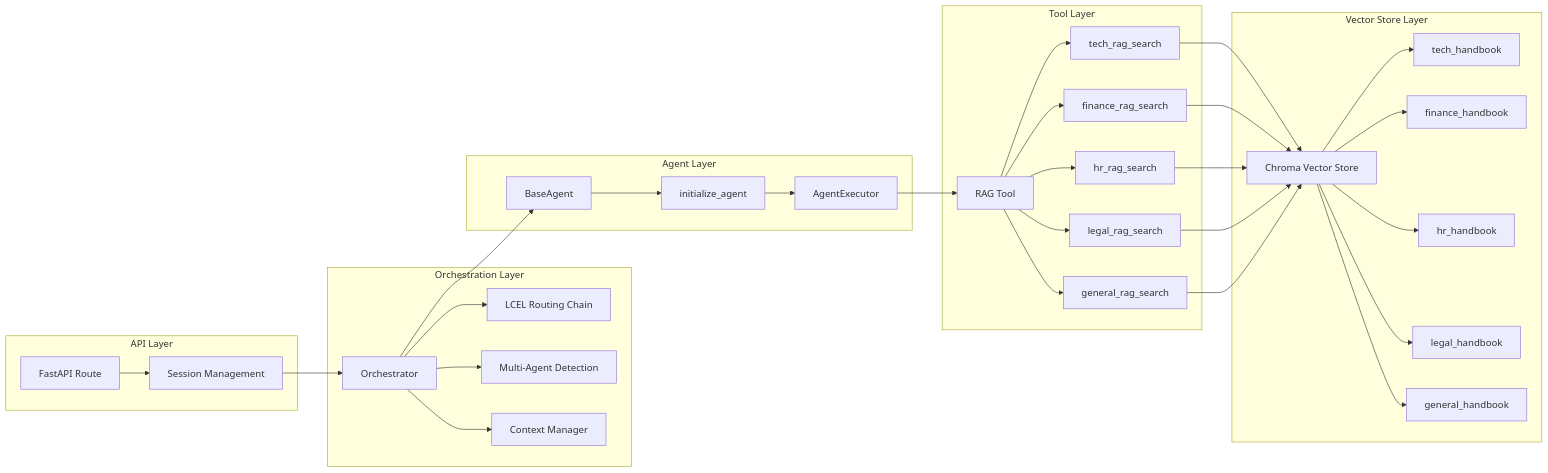
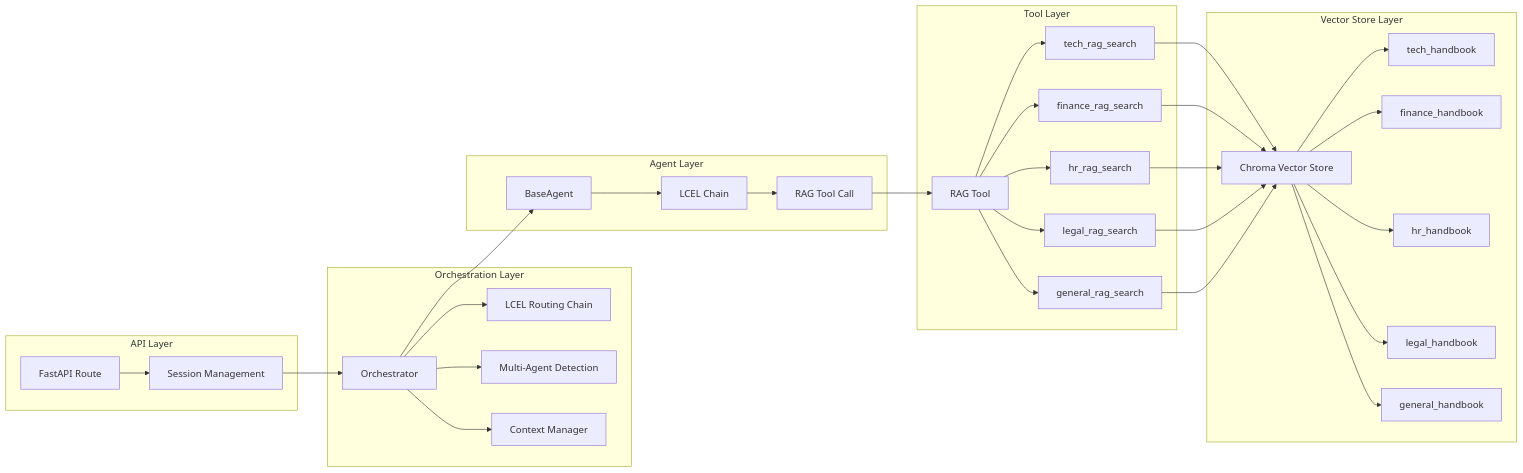
The diagram in FLOW_DIAGRAM.md (jerrybuks/multi-agent-rag-chatbot), drawn with Mermaid before and after one commit. The commit also changed other lines of this file and 11 other files, not shown here.

Commit message:
update flow to use LCEL since issues with ininitialize_agent

````diff
--- a/FLOW_DIAGRAM.md
+++ b/FLOW_DIAGRAM.md
@@ -5,63 +5,63 @@
 ```mermaid
 graph LR
     subgraph "API Layer"
         A[FastAPI Route]
         B[Session Management]
     end
     
     subgraph "Orchestration Layer"
         C[Orchestrator]
         D[LCEL Routing Chain]
         E[Multi-Agent Detection]
         F[Context Manager]
     end
     
     subgraph "Agent Layer"
         G[BaseAgent]
-        H[initialize_agent]
-        I[AgentExecutor]
+        H[LCEL Chain]
+        I[RAG Tool Call]
     end
     
     subgraph "Tool Layer"
         J[RAG Tool]
         K[tech_rag_search]
         L[finance_rag_search]
         M[hr_rag_search]
         N[legal_rag_search]
         O[general_rag_search]
     end
     
     subgraph "Vector Store Layer"
         P[Chroma Vector Store]
         Q[tech_handbook]
         R[finance_handbook]
         S[hr_handbook]
         T[legal_handbook]
         U[general_handbook]
     end
     
     A --> B
     B --> C
     C --> D
     C --> E
     C --> F
     C --> G
     G --> H
     H --> I
     I --> J
     J --> K
     J --> L
     J --> M
     J --> N
     J --> O
     K --> P
     L --> P
     M --> P
     N --> P
     O --> P
     P --> Q
     P --> R
     P --> S
     P --> T
     P --> U
 ```
````
